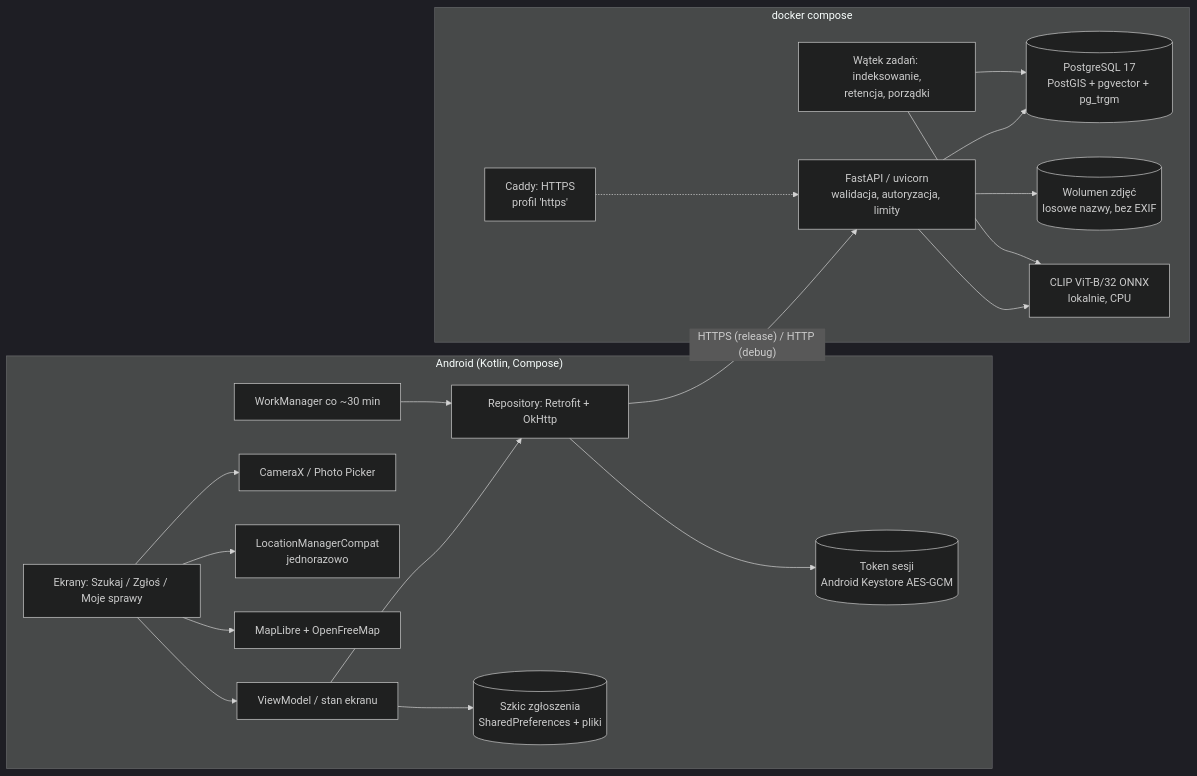
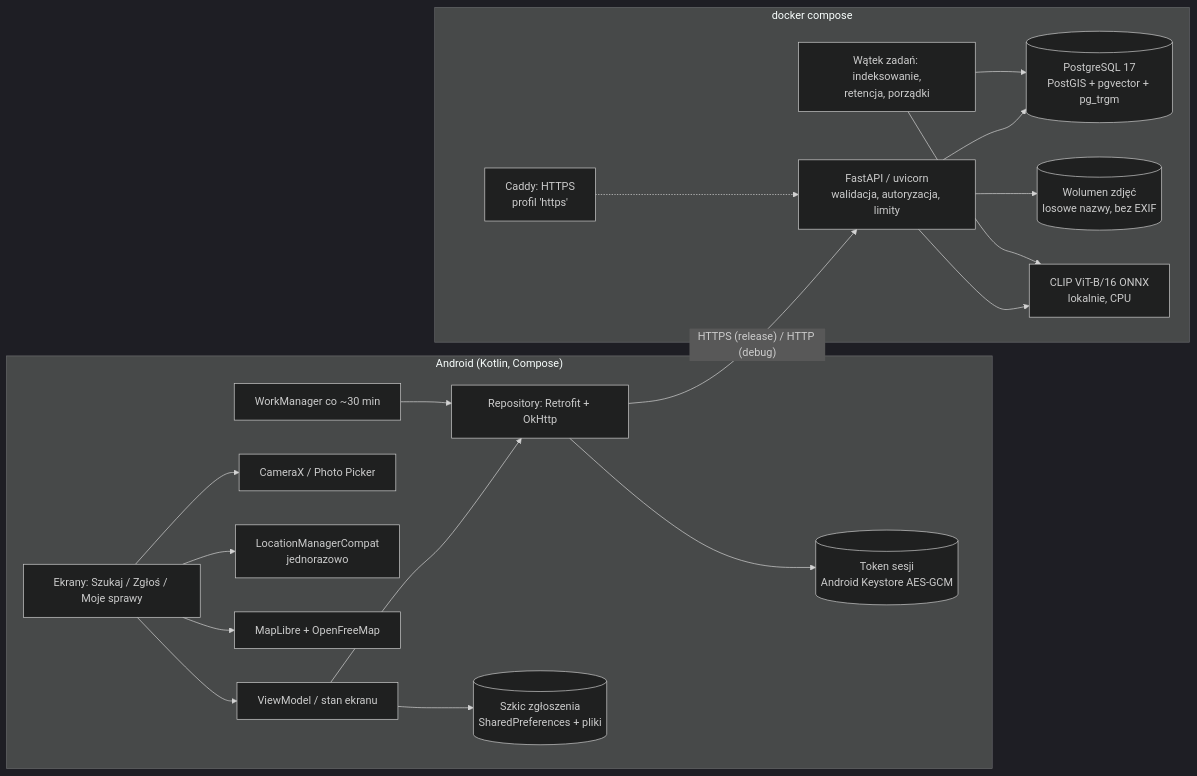
One commit to morzelowski/Findini changed the first of 5 diagrams in docs/ARCHITEKTURA.md. Above: the diagram before and after it, drawn with Mermaid (dark theme). The commit also changed other lines of this file and 61 other files, not shown here.

````diff
--- a/docs/ARCHITEKTURA.md
+++ b/docs/ARCHITEKTURA.md
@@ -5,22 +5,22 @@
 ```mermaid
 flowchart LR
   subgraph Telefon["Android (Kotlin, Compose)"]
     UI[Ekrany: Szukaj / Zgłoś / Moje sprawy] --> VM[ViewModel / stan ekranu]
     VM --> REPO[Repository: Retrofit + OkHttp]
     REPO --> KS[(Token sesji\nAndroid Keystore AES-GCM)]
     VM --> DRAFT[(Szkic zgłoszenia\nSharedPreferences + pliki)]
     UI --> CAM[CameraX / Photo Picker]
     UI --> LOC[LocationManagerCompat\njednorazowo]
     UI --> MAP[MapLibre + OpenFreeMap]
     WM[WorkManager co ~30 min] --> REPO
   end
   REPO -- HTTPS (release) / HTTP (debug) --> API
   subgraph Serwer["docker compose"]
     API[FastAPI / uvicorn\nwalidacja, autoryzacja, limity] --> DB[(PostgreSQL 17\nPostGIS + pgvector + pg_trgm)]
     API --> FS[(Wolumen zdjęć\nlosowe nazwy, bez EXIF)]
-    API --> AI[CLIP ViT-B/32 ONNX\nlokalnie, CPU]
+    API --> AI[CLIP ViT-B/16 ONNX\nlokalnie, CPU]
     JOBS[Wątek zadań: indeksowanie,\nretencja, porządki] --> DB
     JOBS --> AI
     CADDY[Caddy: HTTPS\nprofil 'https'] -.-> API
   end
 ```
````
